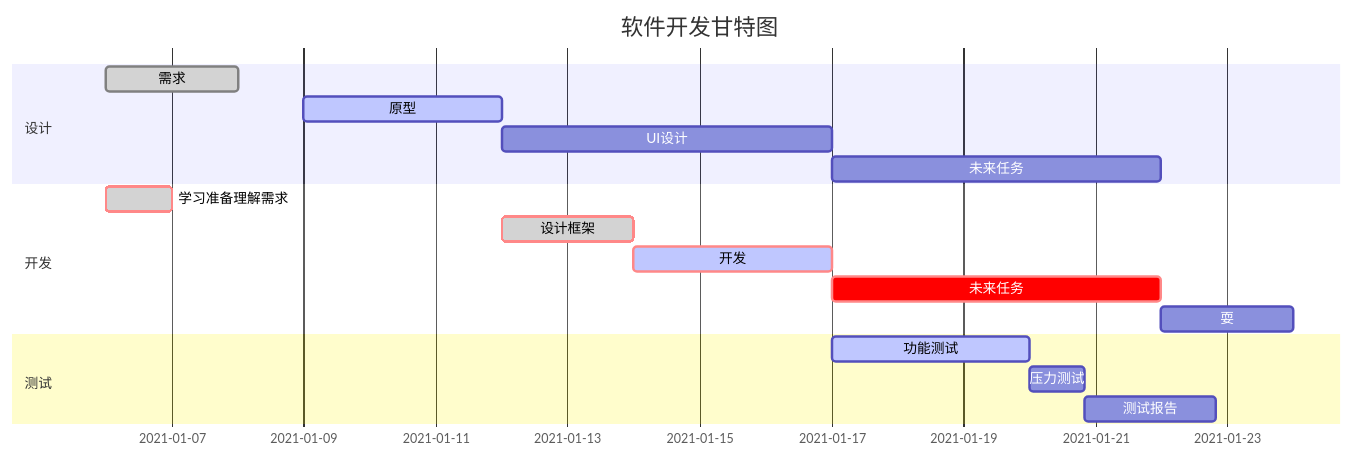
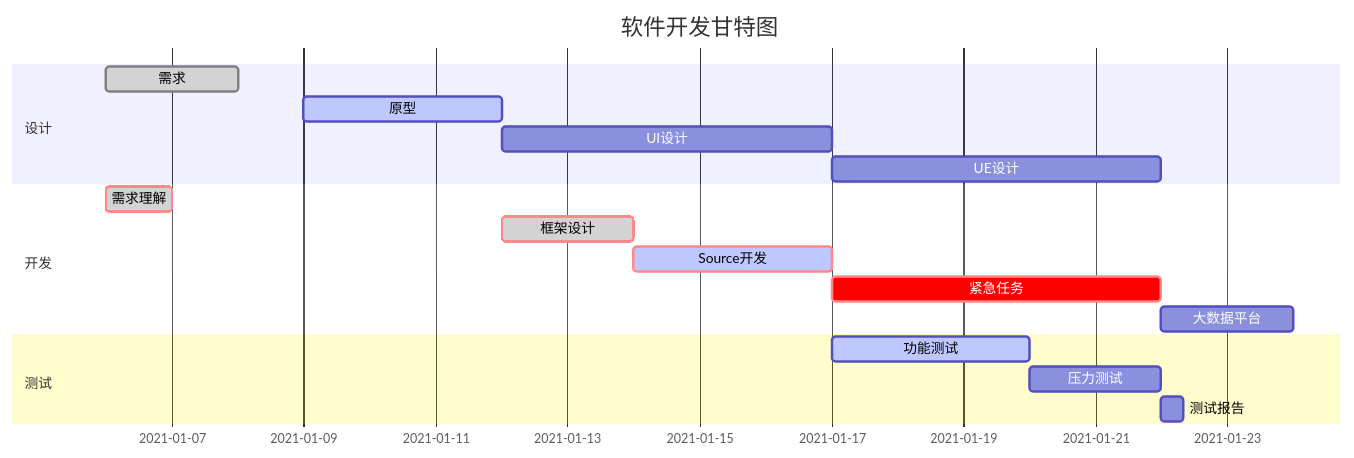
Before and after one commit to wxd79/hello-markdown: the third of 3 diagrams in README.md, drawn with Mermaid. The commit also changed other lines of this file and 1 other file, not shown here.

Commit message:
增加演示动图

````diff
--- a/README.md
+++ b/README.md
@@ -411,20 +411,20 @@
       ```mermaid
               gantt
               dateFormat  YYYY-MM-DD
               title 软件开发甘特图
               section 设计
               需求                      :done,    des1, 2021-01-06,2021-01-08
               原型                      :active,  des2, 2021-01-09, 3d
               UI设计                     :         des3, after des2, 5d
-          未来任务                     :         des4, after des3, 5d
+              UE设计                     :         des4, after des3, 5d
               section 开发
-              学习准备理解需求                      :crit, done, 2021-01-06,24h
-              设计框架                             :crit, done, after des2, 2d
-              开发                                 :crit, active, 3d
-              未来任务                              :crit, 5d
-              耍                                   :2d
+              需求理解                             :crit, done, 2021-01-06,24h
+              框架设计                             :crit, done, after des2, 2d
+              Source开发                                 :crit, active, 3d
+              紧急任务                              :crit, 5d
+              大数据平台                                   :2d
               section 测试
               功能测试                              :active, a1, after des3, 3d
-              压力测试                               :after a1  , 20h
-              测试报告                               : 48h
+              压力测试                               :after a1  , 48h
+              测试报告                               : 8h
       ```
````
